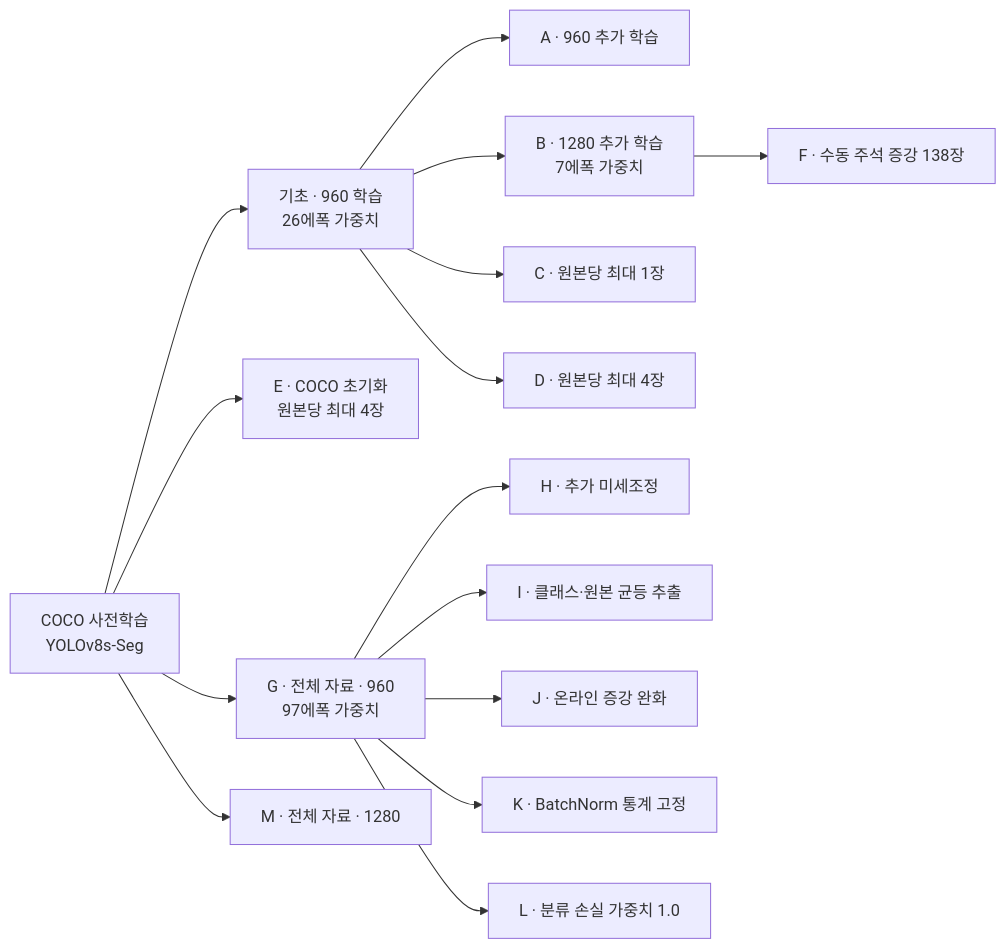
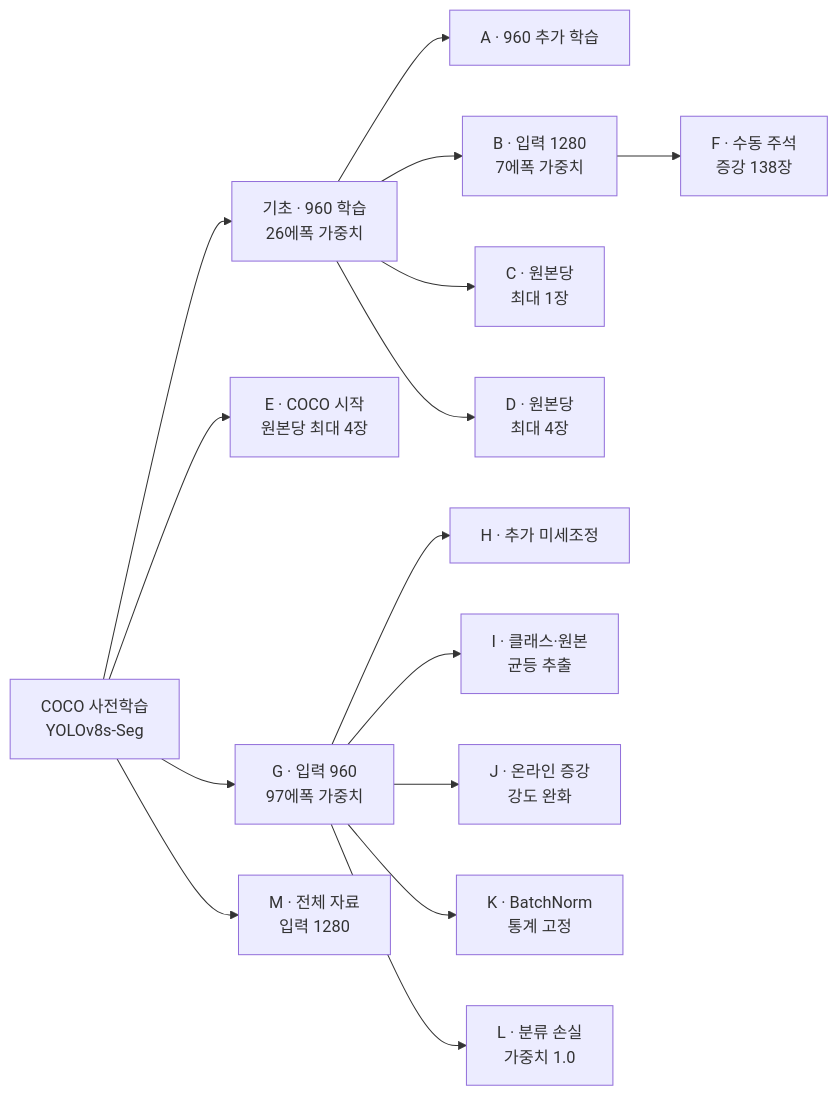
One commit to KyunghoCha/DCU_DeepLearningProgramming_UndergroundDefects changed the second of 2 diagrams in README.md. Above: the diagram before and after it, drawn with Mermaid. The commit also changed other lines of this file, not shown here.

Commit message:
Improve diagram labels and GitHub math rendering

````diff
--- a/README.md
+++ b/README.md
@@ -148,33 +148,33 @@
 ```mermaid
 flowchart LR
     COCO["COCO 사전학습<br/>YOLOv8s-Seg"]
     BASE["기초 · 960 학습<br/>26에폭 가중치"]
     A["A · 960 추가 학습"]
-    B["B · 1280 추가 학습<br/>7에폭 가중치"]
-    C["C · 원본당 최대 1장"]
-    D["D · 원본당 최대 4장"]
-    E["E · COCO 초기화<br/>원본당 최대 4장"]
-    F["F · 수동 주석 증강 138장"]
-    G["G · 전체 자료 · 960<br/>97에폭 가중치"]
+    B["B · 입력 1280<br/>7에폭 가중치"]
+    C["C · 원본당<br/>최대 1장"]
+    D["D · 원본당<br/>최대 4장"]
+    E["E · COCO 시작<br/>원본당 최대 4장"]
+    F["F · 수동 주석<br/>증강 138장"]
+    G["G · 입력 960<br/>97에폭 가중치"]
     H["H · 추가 미세조정"]
-    I["I · 클래스·원본 균등 추출"]
-    J["J · 온라인 증강 완화"]
-    K["K · BatchNorm 통계 고정"]
-    L["L · 분류 손실 가중치 1.0"]
-    M["M · 전체 자료 · 1280"]
+    I["I · 클래스·원본<br/>균등 추출"]
+    J["J · 온라인 증강<br/>강도 완화"]
+    K["K · BatchNorm<br/>통계 고정"]
+    L["L · 분류 손실<br/>가중치 1.0"]
+    M["M · 전체 자료<br/>입력 1280"]
 
     COCO --> BASE
     COCO --> E
     COCO --> G
     COCO --> M
     BASE --> A
     BASE --> B
     BASE --> C
     BASE --> D
     B --> F
     G --> H
     G --> I
     G --> J
     G --> K
     G --> L
 ```
````
